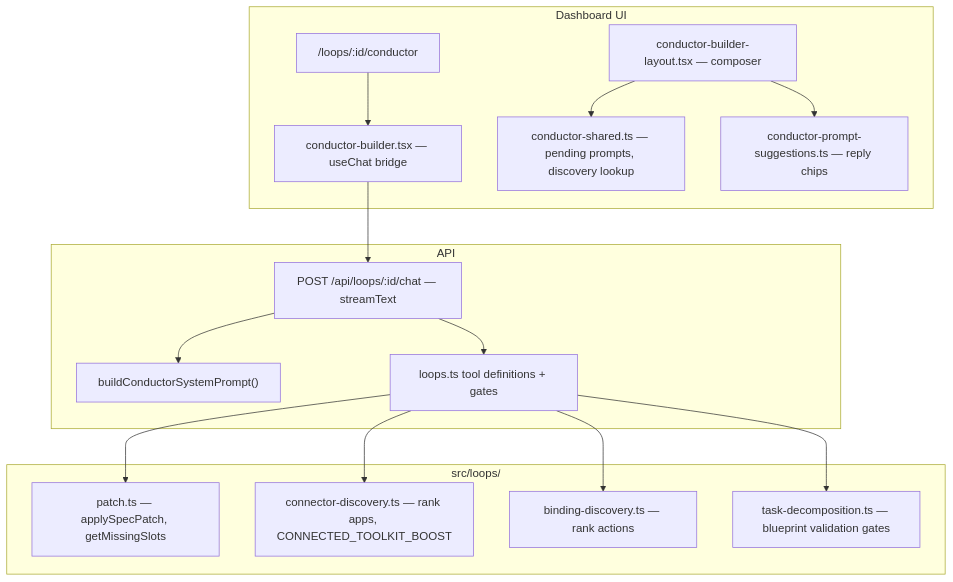
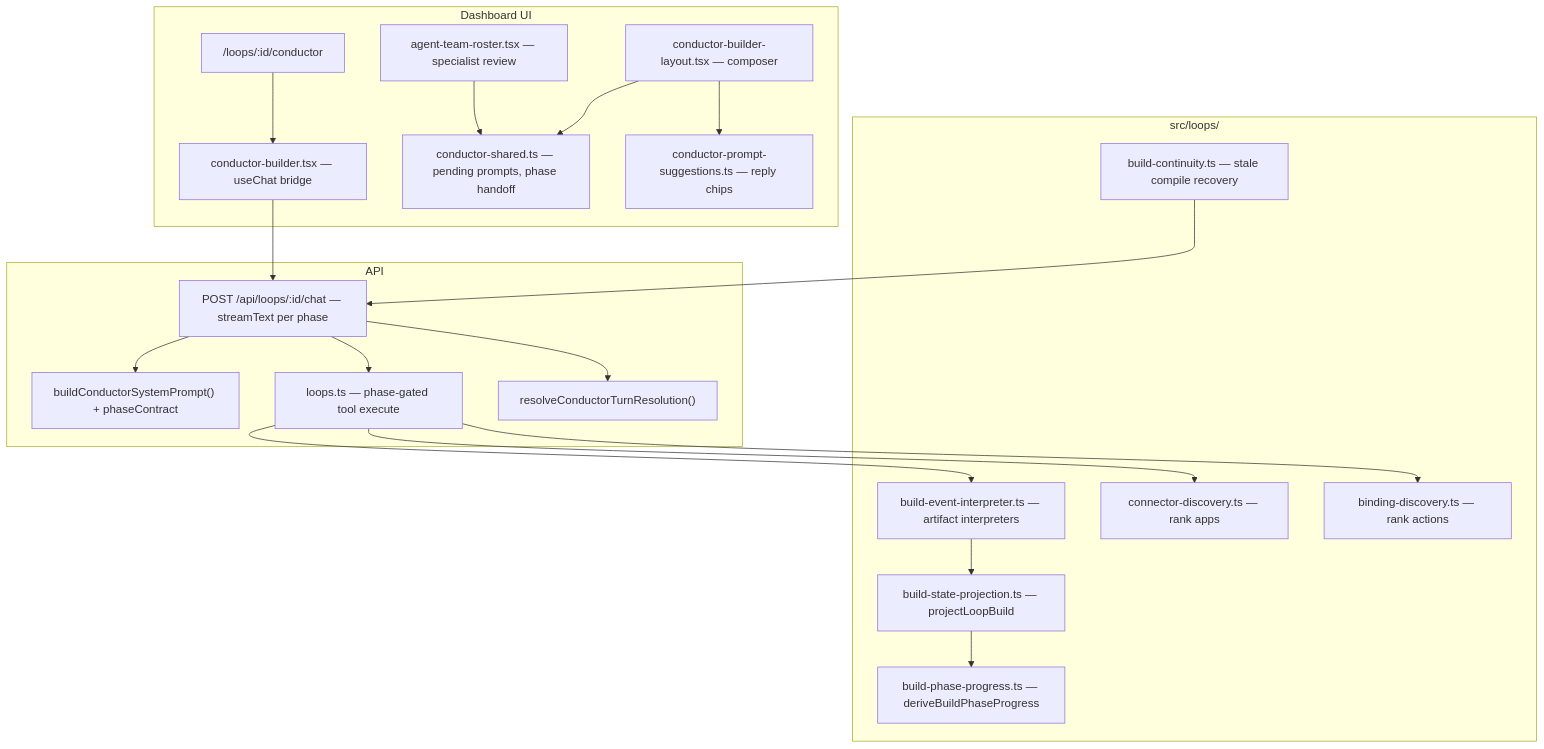
One commit to Dinuda/tallei-ai changed the second of 4 diagrams in docs/conductor.md. Above: the diagram before and after it, drawn with Mermaid. The commit also changed other lines of this file and 48 other files, not shown here.

First line of the commit message:
Enhance Conductor components with improved layout and phase management

````diff
--- a/docs/conductor.md
+++ b/docs/conductor.md
@@ -87,33 +130,41 @@
 ```mermaid
 flowchart TB
   subgraph ui ["Dashboard UI"]
     Page["/loops/:id/conductor"]
     Bridge["conductor-builder.tsx — useChat bridge"]
     Layout["conductor-builder-layout.tsx — composer"]
-    Shared["conductor-shared.ts — pending prompts, discovery lookup"]
+    Shared["conductor-shared.ts — pending prompts, phase handoff"]
     Suggestions["conductor-prompt-suggestions.ts — reply chips"]
+    Roster["agent-team-roster.tsx — specialist review"]
   end
 
   subgraph api ["API"]
-    Chat["POST /api/loops/:id/chat — streamText"]
-    Prompt["buildConductorSystemPrompt()"]
-    Tools["loops.ts tool definitions + gates"]
+    Chat["POST /api/loops/:id/chat — streamText per phase"]
+    Prompt["buildConductorSystemPrompt() + phaseContract"]
+    Tools["loops.ts — phase-gated tool execute"]
+    Resolve["resolveConductorTurnResolution()"]
   end
 
   subgraph domain ["src/loops/"]
-    Patch["patch.ts — applySpecPatch, getMissingSlots"]
-    Discovery["connector-discovery.ts — rank apps, CONNECTED_TOOLKIT_BOOST"]
+    Projection["build-state-projection.ts — projectLoopBuild"]
+    Progress["build-phase-progress.ts — deriveBuildPhaseProgress"]
+    Interpreter["build-event-interpreter.ts — artifact interpreters"]
+    Discovery["connector-discovery.ts — rank apps"]
     Bindings["binding-discovery.ts — rank actions"]
-    Decomp["task-decomposition.ts — blueprint validation gates"]
+    Continuity["build-continuity.ts — stale compile recovery"]
   end
 
   Page --> Bridge --> Chat
   Layout --> Shared
   Layout --> Suggestions
+  Roster --> Shared
   Chat --> Prompt
   Chat --> Tools
-  Tools --> Patch
+  Chat --> Resolve
+  Tools --> Interpreter
   Tools --> Discovery
   Tools --> Bindings
-  Tools --> Decomp
+  Projection --> Progress
+  Interpreter --> Projection
+  Continuity --> Chat
 ```
````
